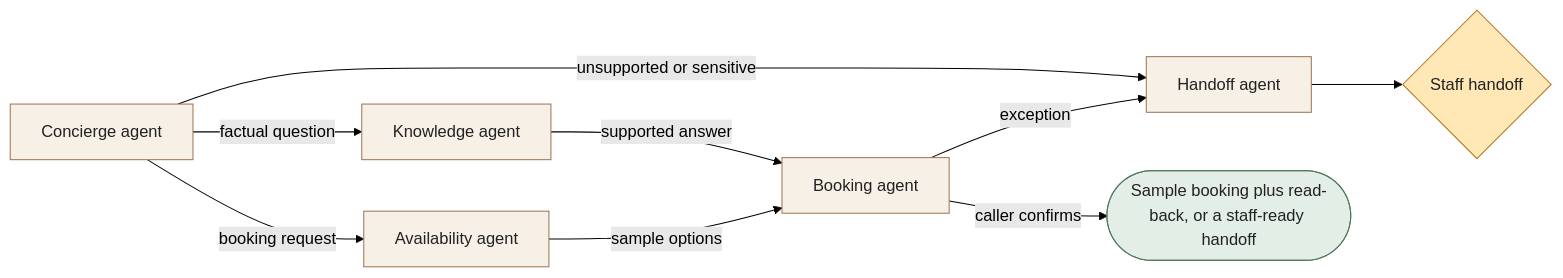
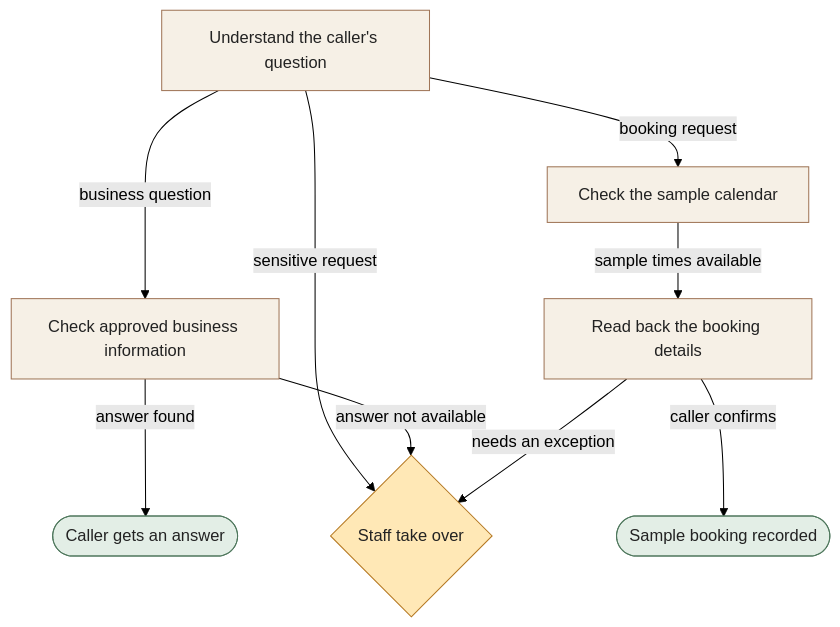
The diagram in docs/workflows/ai-receptionist.md (dextee/claude-code-agent-team-guide), drawn with Mermaid (forest theme) before and after one commit. The commit also changed other lines of this file and 28 other files, not shown here.

````diff
--- a/docs/workflows/ai-receptionist.md
+++ b/docs/workflows/ai-receptionist.md
@@ -23,24 +27,24 @@
 ```mermaid
-flowchart LR
-A["Concierge agent"]
-B["Knowledge agent"]
-C["Availability agent"]
-D["Booking agent"]
-E["Handoff agent"]
-H{"Staff handoff"}
-O(["Sample booking plus read-back, or a staff-ready handoff"])
-A -->|factual question| B
+flowchart TD
+A["Understand the caller's question"]
+B["Check approved business information"]
+C["Check the sample calendar"]
+D["Read back the booking details"]
+H{"Staff take over"}
+O(["Caller gets an answer"])
+P(["Sample booking recorded"])
+A -->|business question| B
+B -->|answer found| O
 A -->|booking request| C
-B -->|supported answer| D
-C -->|sample options| D
-D -->|caller confirms| O
-A -->|unsupported or sensitive| E
-D -->|exception| E
-E --> H
-classDef agent fill:#f6f0e6,stroke:#9f7557,color:#222222
+C -->|sample times available| D
+D -->|caller confirms| P
+A -->|sensitive request| H
+B -->|answer not available| H
+D -->|needs an exception| H
+classDef assistant fill:#f6f0e6,stroke:#9f7557,color:#222222
 classDef human fill:#ffe8b6,stroke:#b57821,color:#222222
 classDef outcome fill:#e3eee6,stroke:#4e775c,color:#222222
-class A,B,C,D,E agent
+class A,B,C,D assistant
 class H human
-class O outcome
+class O,P outcome
 ```
````
